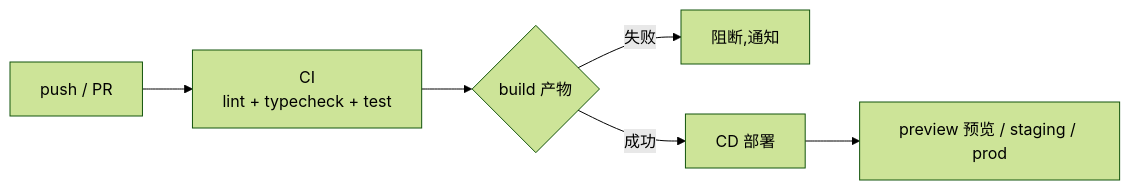
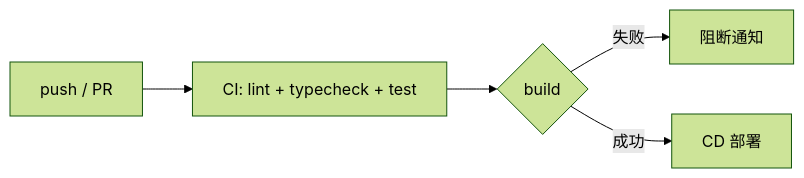
One commit to inspire-man/frontend-knowledge-base changed the second of 2 diagrams in frontend-knowledge-base/卷五-构建与工程化/5.8-Monorepo与CICD.md. Above: the diagram before and after it, drawn with Mermaid (forest theme). The commit also changed other lines of this file and 4 other files, not shown here.

````diff
--- a/frontend-knowledge-base/卷五-构建与工程化/5.8-Monorepo与CICD.md
+++ b/frontend-knowledge-base/卷五-构建与工程化/5.8-Monorepo与CICD.md
@@ -84,8 +70,7 @@
 ```mermaid
 flowchart LR
-    A[push / PR] --> B[CI<br/>lint + typecheck + test]
-    B --> C{build 产物}
-    C -->|失败| D[阻断,通知]
+    A[push / PR] --> B[CI: lint + typecheck + test]
+    B --> C{build}
+    C -->|失败| D[阻断通知]
     C -->|成功| E[CD 部署]
-    E --> F[preview 预览 / staging / prod]
 ```
````
